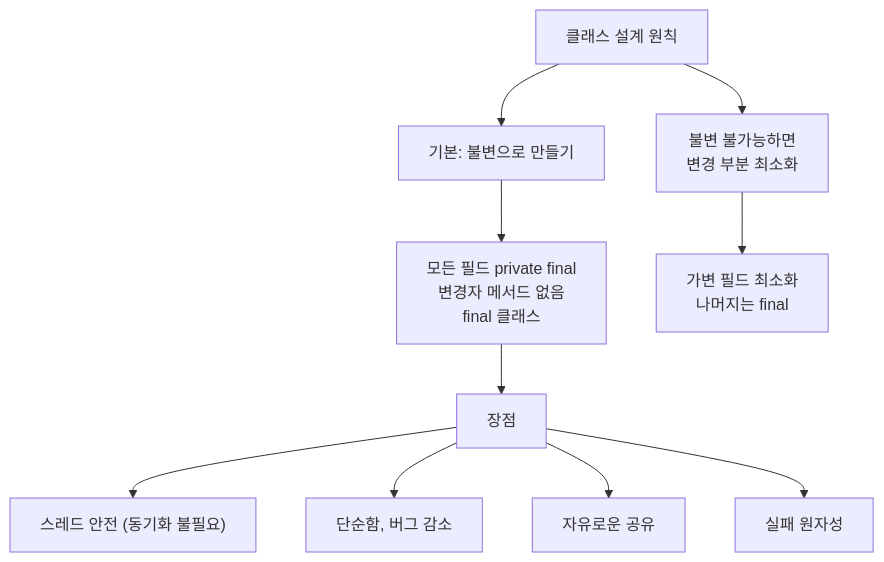
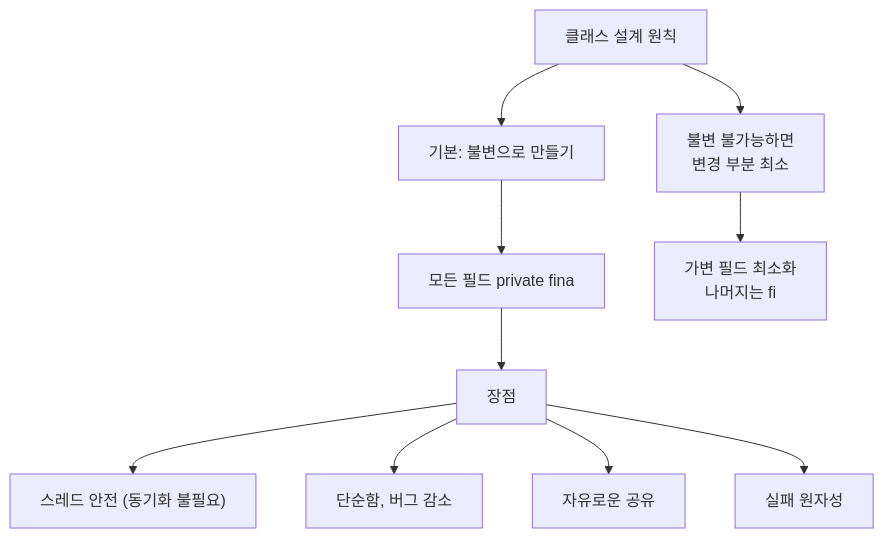
One commit to yjkim2015/yjkim2015.github.io changed the third of 3 diagrams in _posts/java/2022-01-03-effective-java17.md. Above: the diagram before and after it, drawn with Mermaid. The commit also changed other lines of this file and 271 other files, not shown here.

First line of the commit message:
Mermaid 라벨 축소: 긴 노드 텍스트 18자 이하로 트림 + \n 제거

````diff
--- a/_posts/java/2022-01-03-effective-java17.md
+++ b/_posts/java/2022-01-03-effective-java17.md
@@ -207,12 +207,12 @@
 ```mermaid
 graph TD
     A["클래스 설계 원칙"] --> B["기본: 불변으로 만들기"]
-    B --> C["모든 필드 private final\n변경자 메서드 없음\nfinal 클래스"]
-    A --> D["불변 불가능하면\n변경 부분 최소화"]
-    D --> E["가변 필드 최소화\n나머지는 final"]
+    B --> C["모든 필드 private fina"]
+    A --> D["불변 불가능하면\n변경 부분 최소"]
+    D --> E["가변 필드 최소화\n나머지는 fi"]
     C --> F["장점"]
     F --> F1["스레드 안전 (동기화 불필요)"]
     F --> F2["단순함, 버그 감소"]
     F --> F3["자유로운 공유"]
     F --> F4["실패 원자성"]
 ```
````
